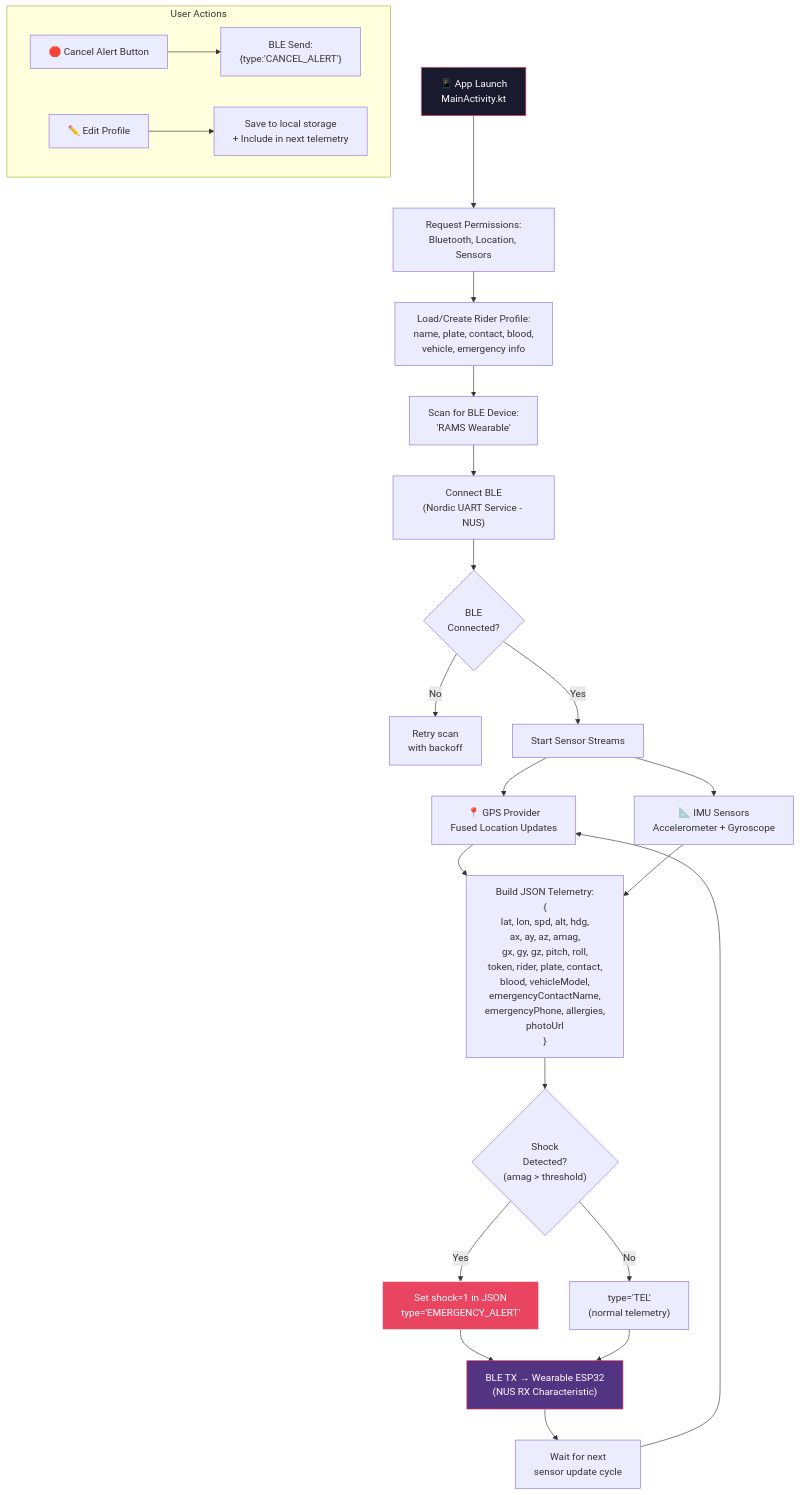
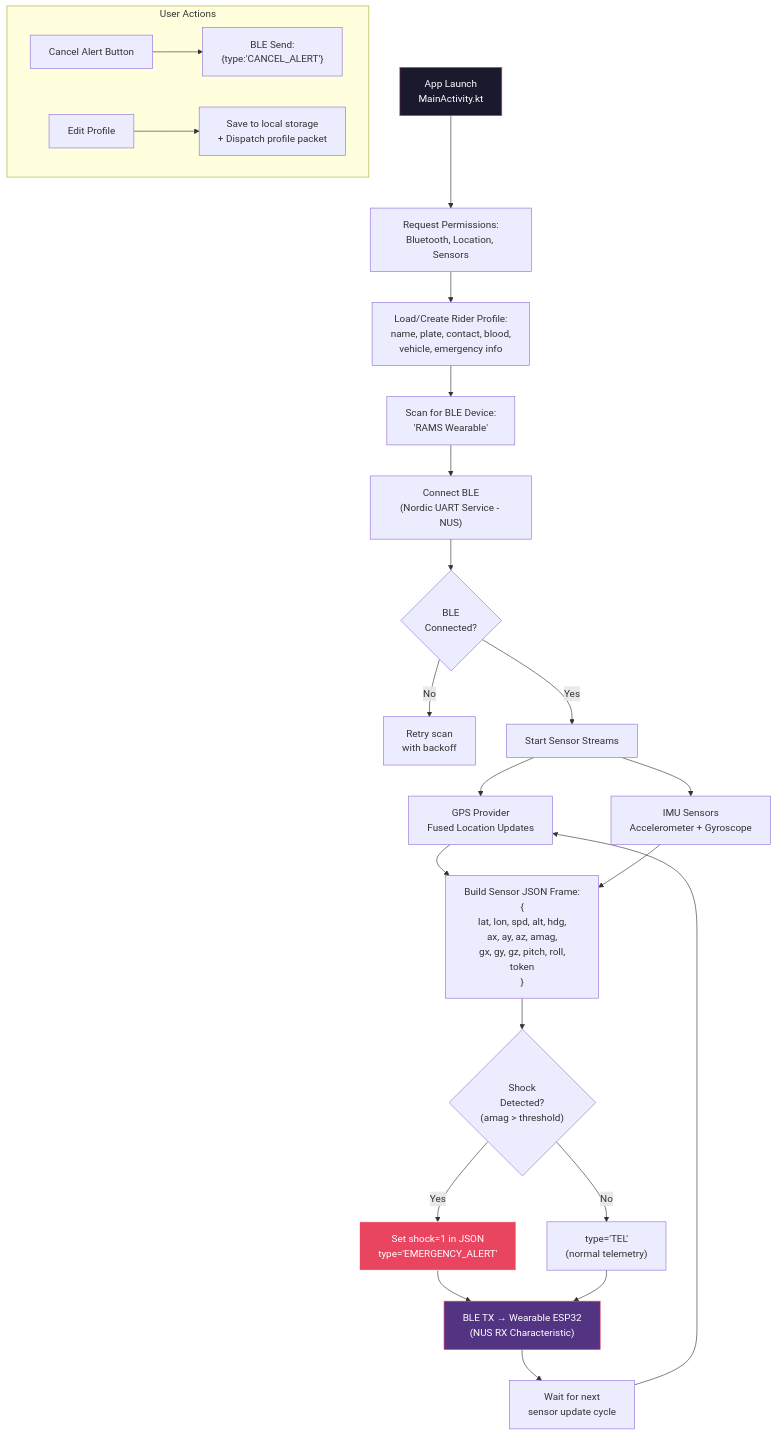
The tenth of 11 diagrams in docs/MD Files/Code_Flow_Flowchart.md (JanClyde05/Road-Accident-Monitoring-System), drawn with Mermaid before and after one commit. The commit also changed other lines of this file and 22 other files, not shown here.

````diff
--- a/docs/MD Files/Code_Flow_Flowchart.md
+++ b/docs/MD Files/Code_Flow_Flowchart.md
@@ -395,36 +395,36 @@
 ```mermaid
 flowchart TD
-    LAUNCH["📱 App Launch\nMainActivity.kt"] --> PERMS["Request Permissions:\nBluetooth, Location, Sensors"]
+    LAUNCH["App Launch\nMainActivity.kt"] --> PERMS["Request Permissions:\nBluetooth, Location, Sensors"]
     PERMS --> PROFILE["Load/Create Rider Profile:\nname, plate, contact, blood,\nvehicle, emergency info"]
     PROFILE --> SCAN["Scan for BLE Device:\n'RAMS Wearable'"]
     SCAN --> CONNECT["Connect BLE\n(Nordic UART Service - NUS)"]
 
     CONNECT --> CONNECTED{BLE\nConnected?}
     CONNECTED -- No --> RETRY["Retry scan\nwith backoff"]
     CONNECTED -- Yes --> STREAMS["Start Sensor Streams"]
 
-    STREAMS --> GPS_STREAM["📍 GPS Provider\nFused Location Updates"]
-    STREAMS --> IMU_STREAM["📐 IMU Sensors\nAccelerometer + Gyroscope"]
+    STREAMS --> GPS_STREAM["GPS Provider\nFused Location Updates"]
+    STREAMS --> IMU_STREAM["IMU Sensors\nAccelerometer + Gyroscope"]
 
-    GPS_STREAM --> BUILD_TEL["Build JSON Telemetry:\n{\n  lat, lon, spd, alt, hdg,\n  ax, ay, az, amag,\n  gx, gy, gz, pitch, roll,\n  token, rider, plate, contact,\n  blood, vehicleModel,\n  emergencyContactName,\n  emergencyPhone, allergies,\n  photoUrl\n}"]
+    GPS_STREAM --> BUILD_TEL["Build Sensor JSON Frame:\n{\n  lat, lon, spd, alt, hdg,\n  ax, ay, az, amag,\n  gx, gy, gz, pitch, roll,\n  token\n}"]
     IMU_STREAM --> BUILD_TEL
 
     BUILD_TEL --> SHOCK_CHK{"Shock\nDetected?\n(amag > threshold)"}
     SHOCK_CHK -- Yes --> ALERT_JSON["Set shock=1 in JSON\ntype='EMERGENCY_ALERT'"]
     SHOCK_CHK -- No --> NORMAL["type='TEL'\n(normal telemetry)"]
 
     ALERT_JSON --> BLE_TX["BLE TX → Wearable ESP32\n(NUS RX Characteristic)"]
     NORMAL --> BLE_TX
 
     BLE_TX --> WAIT["Wait for next\nsensor update cycle"]
     WAIT --> GPS_STREAM
 
     subgraph USER_ACTIONS["User Actions"]
-        CANCEL_BTN["🛑 Cancel Alert Button"] --> CANCEL_MSG["BLE Send:\n{type:'CANCEL_ALERT'}"]
-        EDIT_PROFILE["✏️ Edit Profile"] --> SAVE["Save to local storage\n+ Include in next telemetry"]
+        CANCEL_BTN["Cancel Alert Button"] --> CANCEL_MSG["BLE Send:\n{type:'CANCEL_ALERT'}"]
+        EDIT_PROFILE["Edit Profile"] --> SAVE["Save to local storage\n+ Dispatch profile packet"]
     end
 
     style LAUNCH fill:#1a1a2e,stroke:#e94560,color:#fff
     style ALERT_JSON fill:#e94560,stroke:#fff,color:#fff
     style BLE_TX fill:#533483,stroke:#e94560,color:#fff
 ```
````
